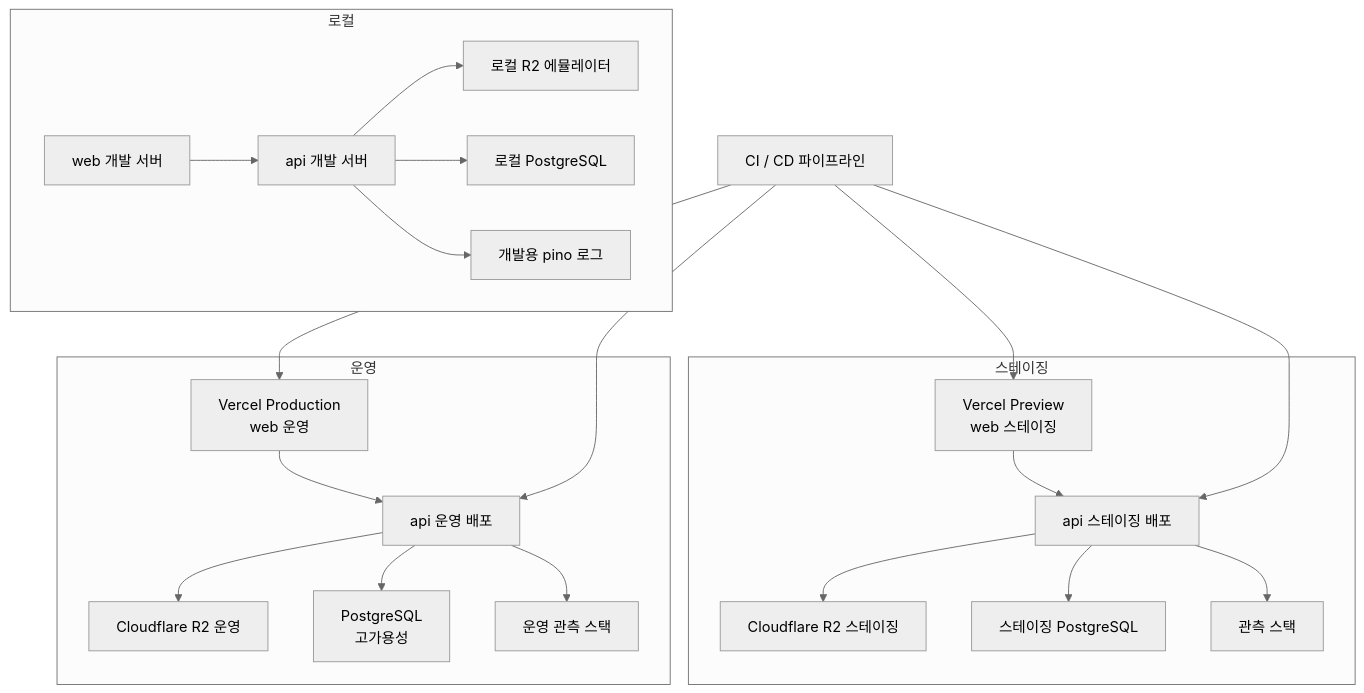
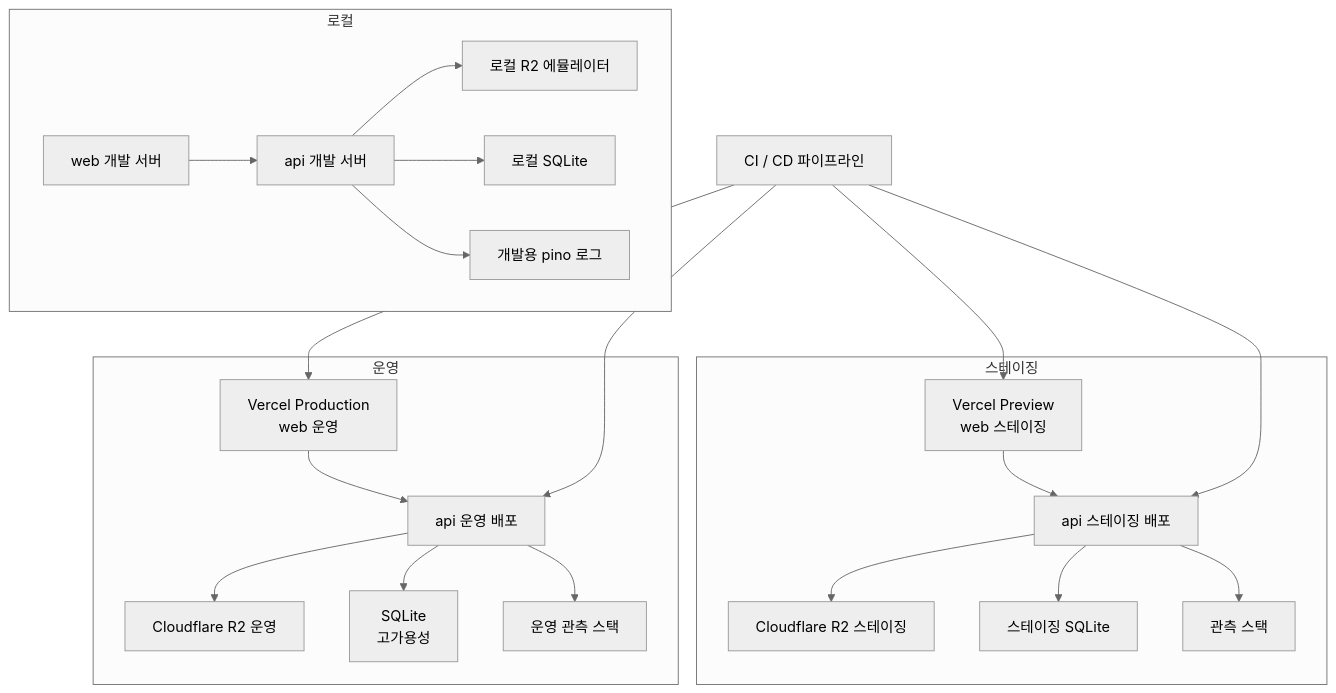
The diagram in docs/03-architecture/diagrams/deployment-topology.md (qaws7791/writing-app), drawn with Mermaid (neutral theme) before and after one commit. The commit also changed 20 other files, not shown here.

````diff
--- a/docs/03-architecture/diagrams/deployment-topology.md
+++ b/docs/03-architecture/diagrams/deployment-topology.md
@@ -10,45 +10,45 @@
 ```mermaid
 flowchart TB
     ci["CI / CD 파이프라인"]
 
     subgraph local["로컬"]
         localWeb["web 개발 서버"]
         localApi["api 개발 서버"]
         localStorage["로컬 R2 에뮬레이터"]
-        localDb["로컬 PostgreSQL"]
+        localDb["로컬 SQLite"]
         localObs["개발용 pino 로그"]
         localWeb --> localApi
         localApi --> localStorage
         localApi --> localDb
         localApi --> localObs
     end
 
     subgraph staging["스테이징"]
         stagingWeb["Vercel Preview<br/>web 스테이징"]
         stagingApi["api 스테이징 배포"]
         stagingStorage["Cloudflare R2 스테이징"]
-        stagingDb["스테이징 PostgreSQL"]
+        stagingDb["스테이징 SQLite"]
         stagingObs["관측 스택"]
         stagingWeb --> stagingApi
         stagingApi --> stagingStorage
         stagingApi --> stagingDb
         stagingApi --> stagingObs
     end
 
     subgraph production["운영"]
         prodWeb["Vercel Production<br/>web 운영"]
         prodApi["api 운영 배포"]
         prodStorage["Cloudflare R2 운영"]
-        prodDb["PostgreSQL<br/>고가용성"]
+        prodDb["SQLite<br/>고가용성"]
         prodObs["운영 관측 스택"]
         prodWeb --> prodApi
         prodApi --> prodStorage
         prodApi --> prodDb
         prodApi --> prodObs
     end
 
     ci --> stagingWeb
     ci --> stagingApi
     ci --> prodWeb
     ci --> prodApi
 ```
````
